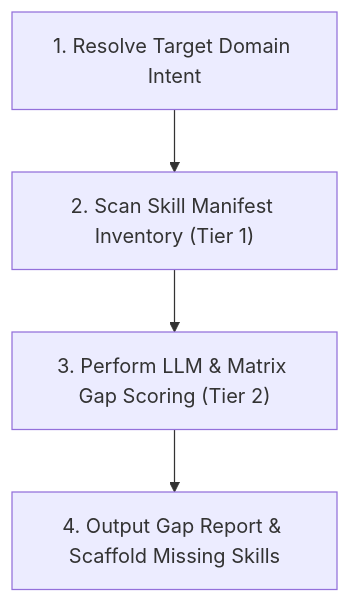
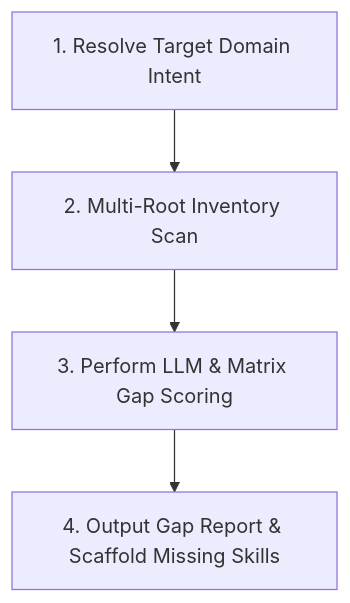
Before and after one commit to louis-pvs/agent-skills: the diagram in skills/capability-gap-analyzer/SKILL.md, drawn with Mermaid. The commit also changed other lines of this file and 11 other files, not shown here.

Commit message:
refactor: update architecture documentation and standardize Python scripting practices across all agent skills.

````diff
--- a/skills/capability-gap-analyzer/SKILL.md
+++ b/skills/capability-gap-analyzer/SKILL.md
@@ -27,6 +37,6 @@
 ```mermaid
 flowchart TD
-    A["1. Resolve Target Domain Intent"] --> B["2. Scan Skill Manifest Inventory (Tier 1)"]
-    B --> C["3. Perform LLM & Matrix Gap Scoring (Tier 2)"]
+    A["1. Resolve Target Domain Intent"] --> B["2. Multi-Root Inventory Scan"]
+    B --> C["3. Perform LLM & Matrix Gap Scoring"]
     C --> D["4. Output Gap Report & Scaffold Missing Skills"]
 ```
````
